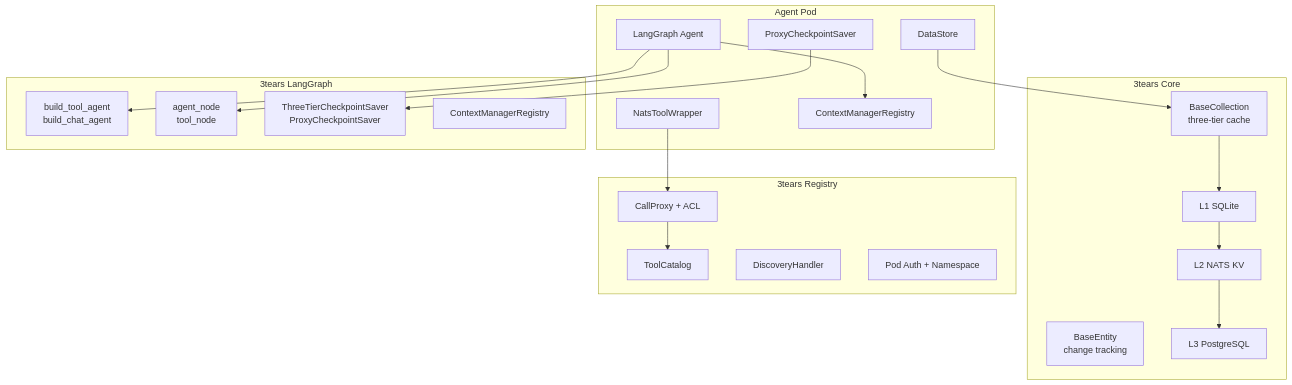
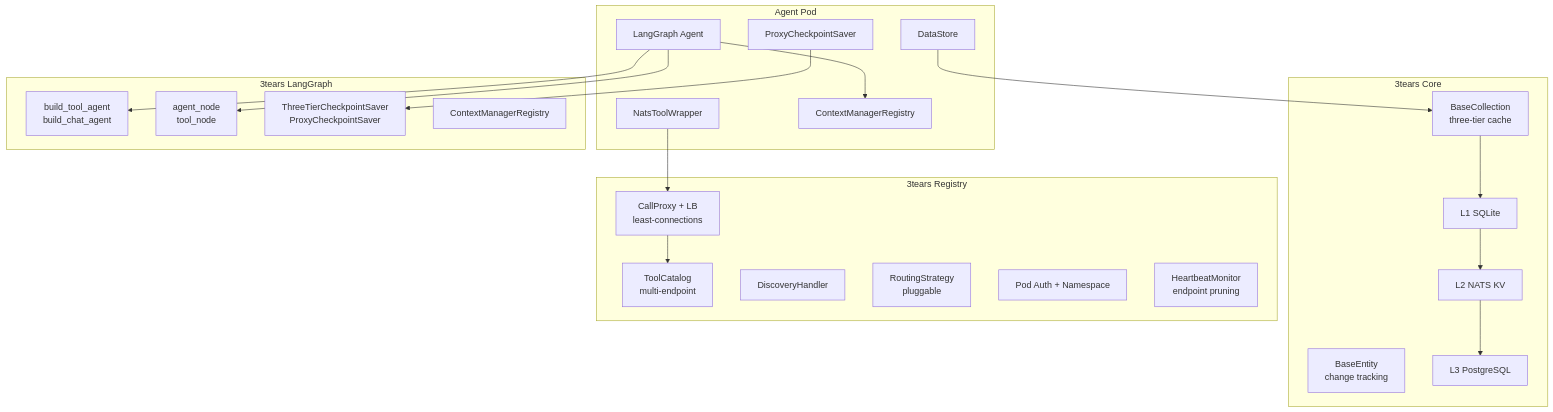
One commit to pacepace/3tears changed the diagram in README.md. Above: the diagram before and after it, drawn with Mermaid. The commit also changed other lines of this file and 16 other files, not shown here.

First line of the commit message:
multi-pod tool routing with least-connections load balancing

````diff
--- a/README.md
+++ b/README.md
@@ -18,41 +18,43 @@
 ```mermaid
 graph TB
     subgraph "Agent Pod"
         AGENT[LangGraph Agent]
         TOOLS[NatsToolWrapper]
         CHECK[ProxyCheckpointSaver]
         DATA[DataStore]
         CTX[ContextManagerRegistry]
     end
 
     subgraph "3tears Core"
         ENT[BaseEntity<br/>change tracking]
         COL[BaseCollection<br/>three-tier cache]
         L1[L1 SQLite]
         L2[L2 NATS KV]
         L3[L3 PostgreSQL]
     end
 
     subgraph "3tears LangGraph"
         BUILD[build_tool_agent<br/>build_chat_agent]
         NODES[agent_node<br/>tool_node]
         CKPT[ThreeTierCheckpointSaver<br/>ProxyCheckpointSaver]
         CREG[ContextManagerRegistry]
     end
 
     subgraph "3tears Registry"
-        CAT[ToolCatalog]
+        CAT[ToolCatalog<br/>multi-endpoint]
         DISC[DiscoveryHandler]
-        PROXY[CallProxy + ACL]
+        PROXY[CallProxy + LB<br/>least-connections]
+        ROUTE[RoutingStrategy<br/>pluggable]
         REG_AUTH[Pod Auth + Namespace]
+        HB[HeartbeatMonitor<br/>endpoint pruning]
     end
 
     AGENT --> BUILD
     AGENT --> NODES
     AGENT --> CTX
     CHECK --> CKPT
     DATA --> COL
     COL --> L1 --> L2 --> L3
     TOOLS --> PROXY
     PROXY --> CAT
 ```
````
